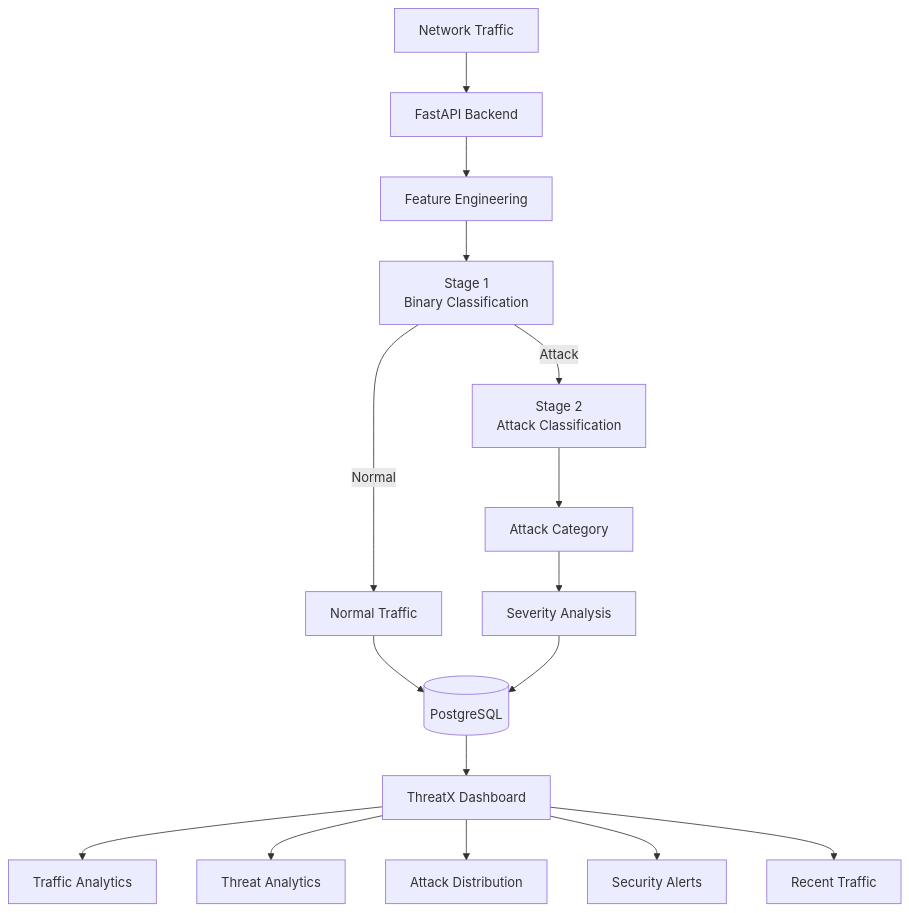
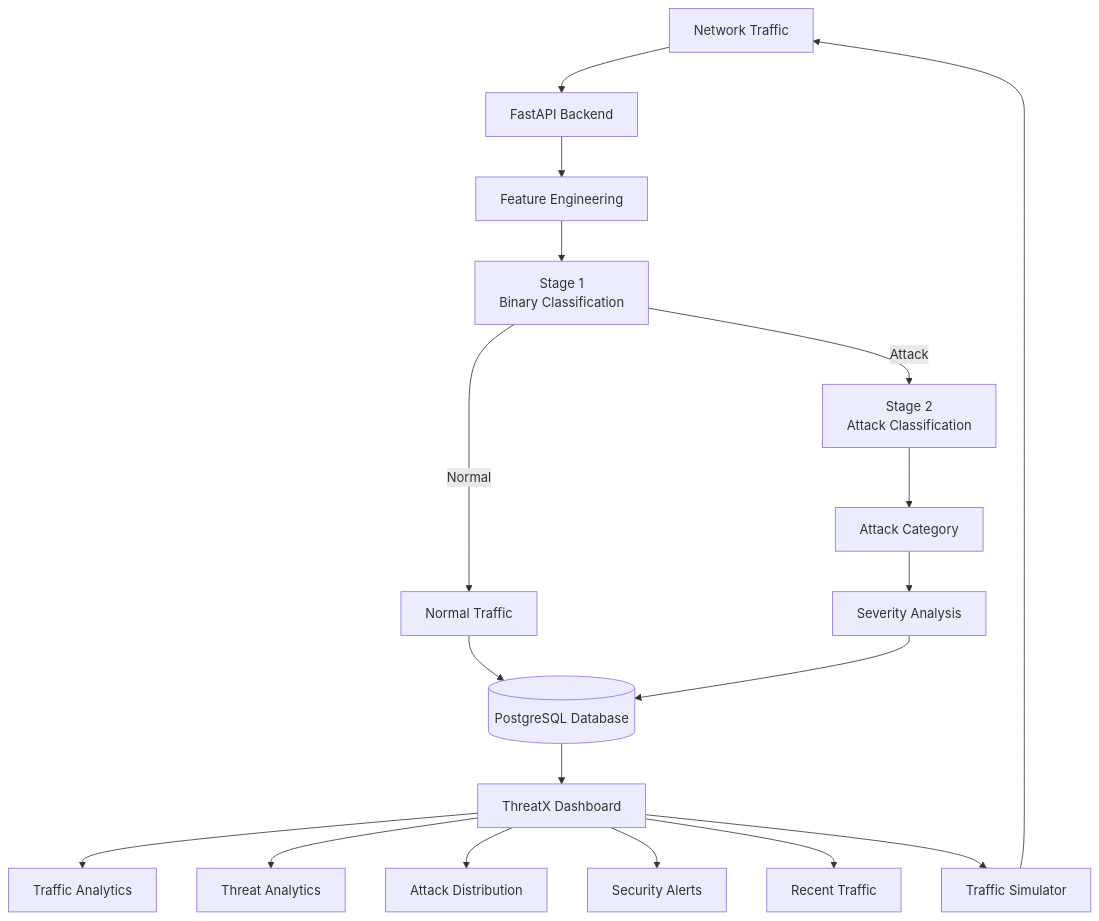
Before and after one commit to debnathkaushik79-svg/ThreatX: the first of 3 diagrams in README.md, drawn with Mermaid. The commit also changed other lines of this file, not shown here.

````diff
--- a/README.md
+++ b/README.md
@@ -39,27 +39,30 @@
 ```mermaid
 flowchart TD
     A[Network Traffic] --> B[FastAPI Backend]
 
     B --> C[Feature Engineering]
 
     C --> D[Stage 1<br/>Binary Classification]
 
     D -->|Normal| E[Normal Traffic]
 
     D -->|Attack| F[Stage 2<br/>Attack Classification]
 
     F --> G[Attack Category]
 
     G --> H[Severity Analysis]
 
-    E --> I[(PostgreSQL)]
+    E --> I[(PostgreSQL Database)]
     H --> I
 
     I --> J[ThreatX Dashboard]
 
     J --> K[Traffic Analytics]
     J --> L[Threat Analytics]
     J --> M[Attack Distribution]
     J --> N[Security Alerts]
     J --> O[Recent Traffic]
+
+    P[Traffic Simulator] --> A
+    J --> P
 ```
````
